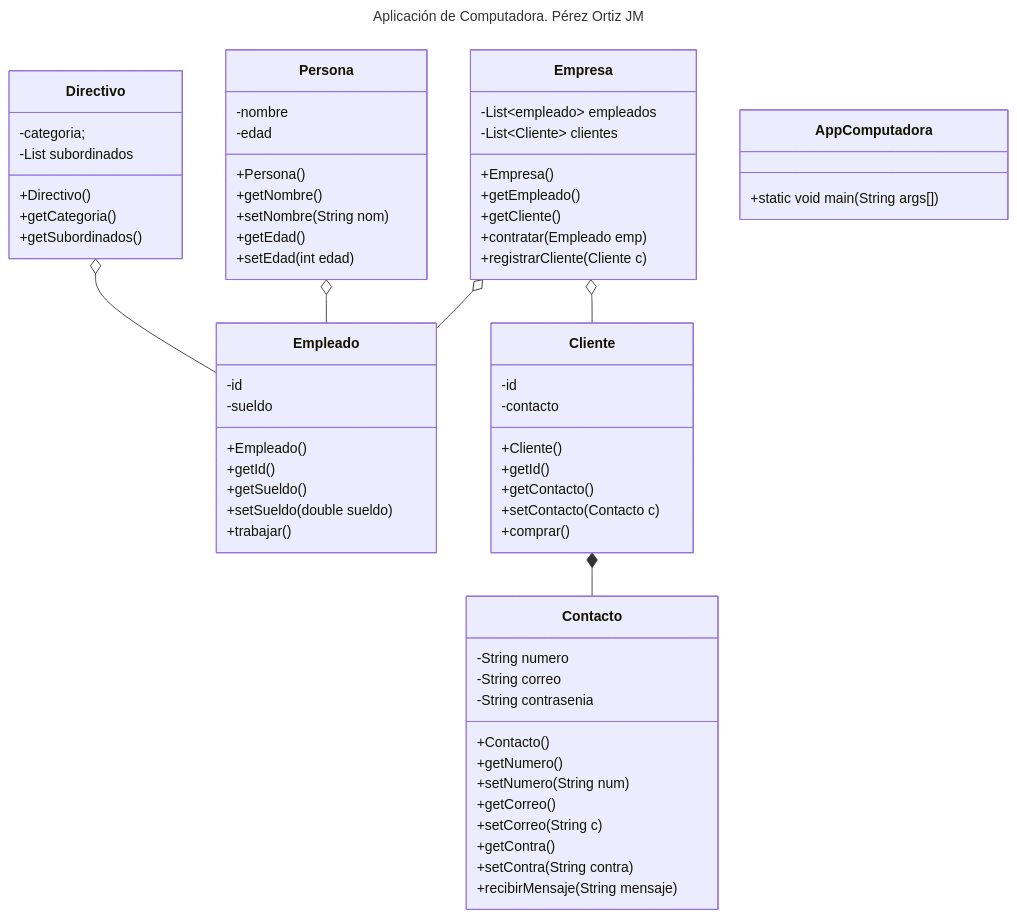
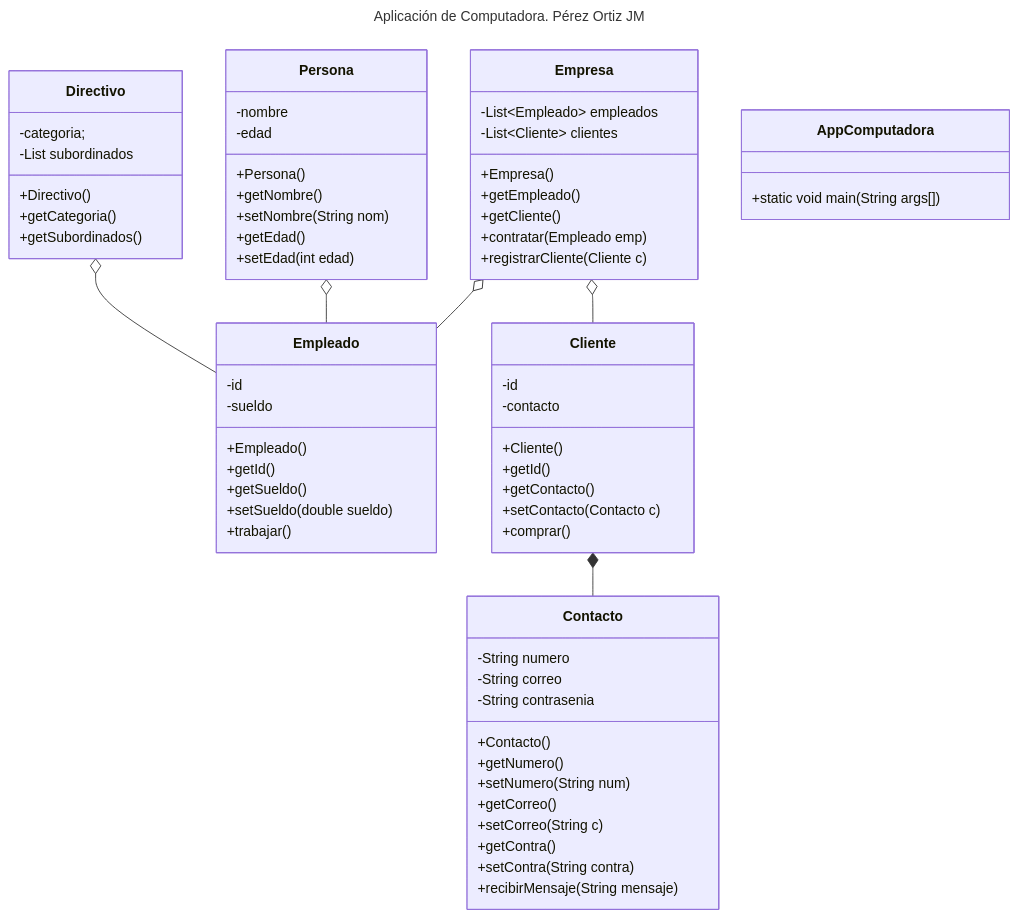
One commit to mauryci2/Jaime-Felix-POO-Base changed the diagram in README.md. Above: the diagram before and after it, drawn with Mermaid.

Commit message:
detalle de mayusculas

````diff
--- a/README.md
+++ b/README.md
@@ -7,71 +7,71 @@
 ```mermaid
 ---
 title: Aplicación de Computadora. Pérez Ortiz JM
 ---
 classDiagram
       %% Relaciones de agregación / composición
       Empresa o-- Empleado
       Empresa o-- Cliente
       Cliente *-- Contacto
       Persona o-- Empleado
       Directivo o-- Empleado
       class AppComputadora{
             +static void main(String args[])
       }
       class Empresa{
-            -List~empleado~ empleados
+            -List~Empleado~ empleados
             -List~Cliente~ clientes
             +Empresa()
             +getEmpleado()
             +getCliente()
             +contratar(Empleado emp)
             +registrarCliente(Cliente c)
       }
       class Directivo{
             -categoria;
             -List<Empleado> subordinados
             +Directivo()
             +getCategoria()
             +getSubordinados()
       }      
       class Persona{
             -nombre
             -edad
             +Persona()
             +getNombre()
             +setNombre(String nom)
             +getEdad()
             +setEdad(int edad)
       }
       class Empleado{
             -id
             -sueldo
              +Empleado()
             +getId()
             +getSueldo()
             +setSueldo(double sueldo)
             +trabajar()
       }
       class Cliente{
             -id
             -contacto
             +Cliente()
             +getId()
             +getContacto()
             +setContacto(Contacto c)
             +comprar()
       }
       class Contacto{
             -String numero
             -String correo
             -String contrasenia
             +Contacto()
             +getNumero()
             +setNumero(String num)
             +getCorreo()
             +setCorreo(String c)
             +getContra()
             +setContra(String contra)
             +recibirMensaje(String mensaje)
       }
 ```
````
